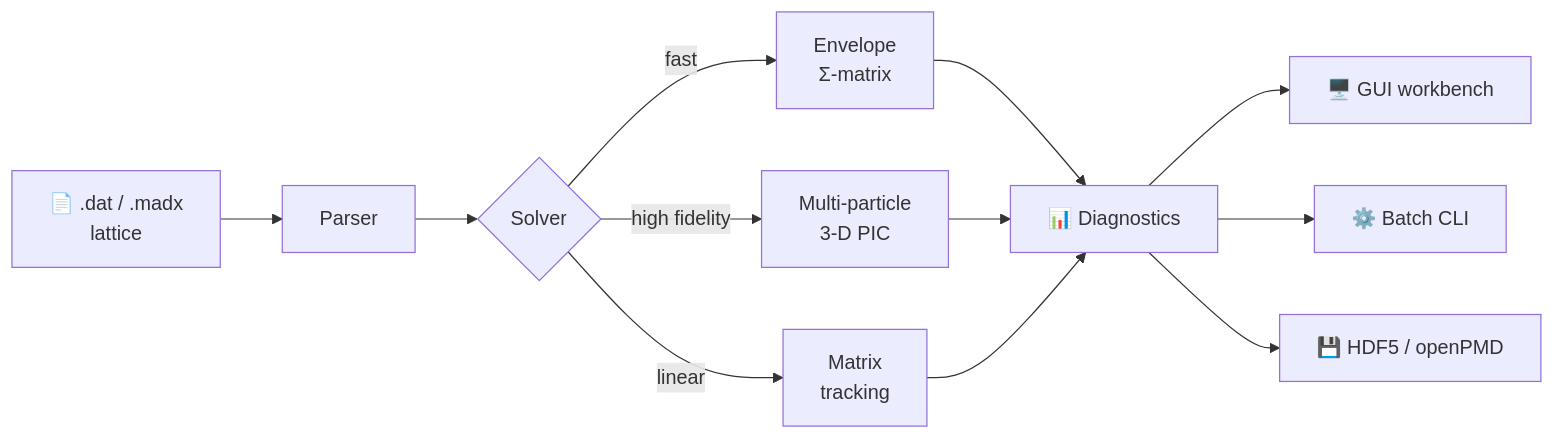
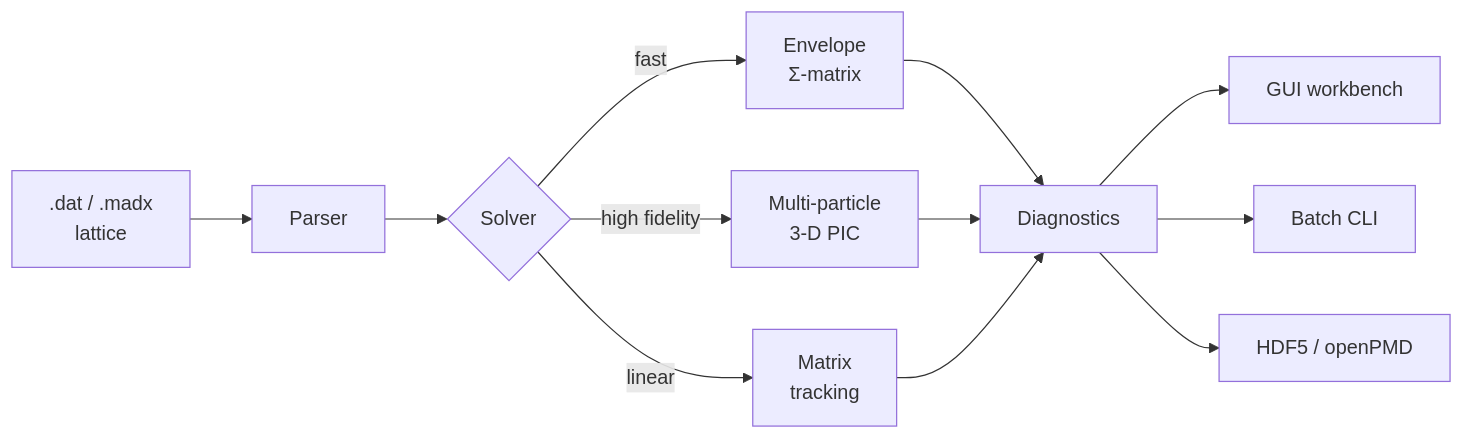
Before and after one commit to Accel-Toolkit/HELIX: the diagram in README.md, drawn with Mermaid. The commit also changed other lines of this file and 19 other files, not shown here.

````diff
--- a/README.md
+++ b/README.md
@@ -80,14 +71,14 @@
 ```mermaid
 flowchart LR
-    L["📄 .dat / .madx<br/>lattice"] --> P["Parser"]
+    L[".dat / .madx<br/>lattice"] --> P["Parser"]
     P --> S{"Solver"}
     S -->|fast| E["Envelope<br/>Σ-matrix"]
     S -->|high fidelity| M["Multi-particle<br/>3-D PIC"]
     S -->|linear| T["Matrix<br/>tracking"]
-    E --> R["📊 Diagnostics"]
+    E --> R["Diagnostics"]
     M --> R
     T --> R
-    R --> G["🖥️ GUI workbench"]
-    R --> C["⚙️ Batch CLI"]
-    R --> O["💾 HDF5 / openPMD"]
+    R --> G["GUI workbench"]
+    R --> C["Batch CLI"]
+    R --> O["HDF5 / openPMD"]
 ```
````
